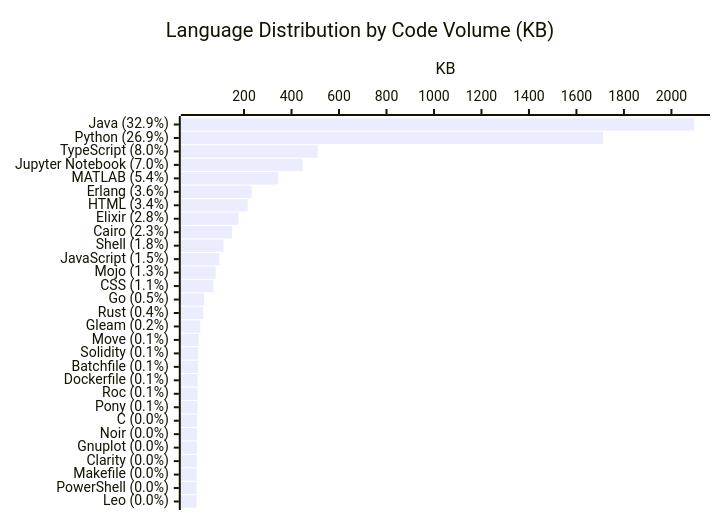
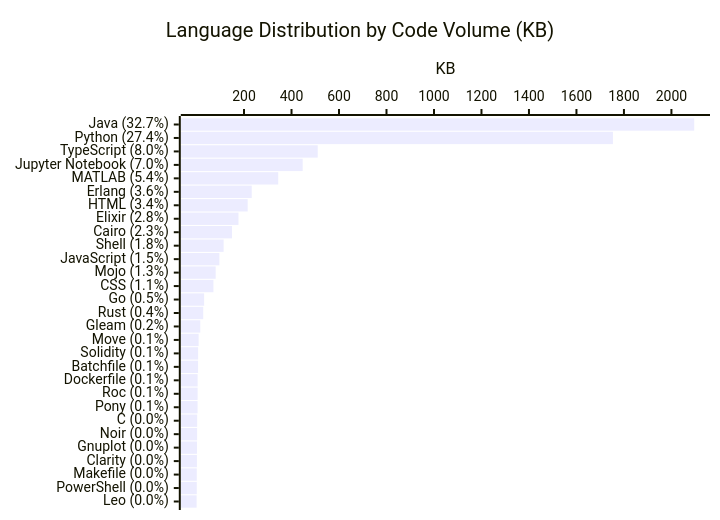
The diagram in profile/README.md (KathiraveluLab/.github), drawn with Mermaid before and after one commit. The commit also changed other lines of this file and 1 other file, not shown here.

````diff
--- a/profile/README.md
+++ b/profile/README.md
@@ -66,7 +66,7 @@
 ```mermaid
 xychart-beta horizontal
     title "Language Distribution by Code Volume (KB)"
-    x-axis ["Java (32.9%)", "Python (26.9%)", "TypeScript (8.0%)", "Jupyter Notebook (7.0%)", "MATLAB (5.4%)", "Erlang (3.6%)", "HTML (3.4%)", "Elixir (2.8%)", "Cairo (2.3%)", "Shell (1.8%)", "JavaScript (1.5%)", "Mojo (1.3%)", "CSS (1.1%)", "Go (0.5%)", "Rust (0.4%)", "Gleam (0.2%)", "Move (0.1%)", "Solidity (0.1%)", "Batchfile (0.1%)", "Dockerfile (0.1%)", "Roc (0.1%)", "Pony (0.1%)", "C (0.0%)", "Noir (0.0%)", "Gnuplot (0.0%)", "Clarity (0.0%)", "Makefile (0.0%)", "PowerShell (0.0%)", "Leo (0.0%)"]
+    x-axis ["Java (32.7%)", "Python (27.4%)", "TypeScript (8.0%)", "Jupyter Notebook (7.0%)", "MATLAB (5.4%)", "Erlang (3.6%)", "HTML (3.4%)", "Elixir (2.8%)", "Cairo (2.3%)", "Shell (1.8%)", "JavaScript (1.5%)", "Mojo (1.3%)", "CSS (1.1%)", "Go (0.5%)", "Rust (0.4%)", "Gleam (0.2%)", "Move (0.1%)", "Solidity (0.1%)", "Batchfile (0.1%)", "Dockerfile (0.1%)", "Roc (0.1%)", "Pony (0.1%)", "C (0.0%)", "Noir (0.0%)", "Gnuplot (0.0%)", "Clarity (0.0%)", "Makefile (0.0%)", "PowerShell (0.0%)", "Leo (0.0%)"]
     y-axis "KB"
-    bar [2095.91, 1712.36, 510.29, 446.91, 343.93, 232.36, 215.34, 176.6, 149.42, 114.03, 96.07, 80.48, 71.2, 32.03, 28.25, 15.66, 8.83, 6.65, 6.48, 4.63, 4.5, 4.41, 2.58, 2.46, 1.82, 1.53, 1.02, 1.02, 0.26]
+    bar [2095.91, 1753.68, 510.29, 446.91, 343.93, 232.36, 215.34, 176.6, 149.42, 114.03, 96.07, 80.48, 71.2, 32.03, 28.25, 15.66, 8.83, 6.65, 6.48, 4.63, 4.5, 4.41, 2.58, 2.46, 1.82, 1.53, 1.02, 1.02, 0.26]
 ```
````
